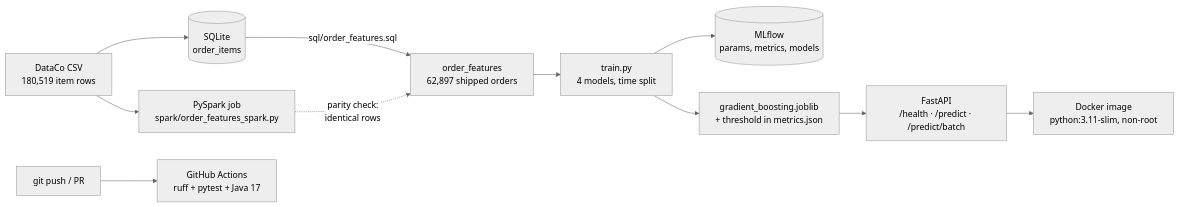
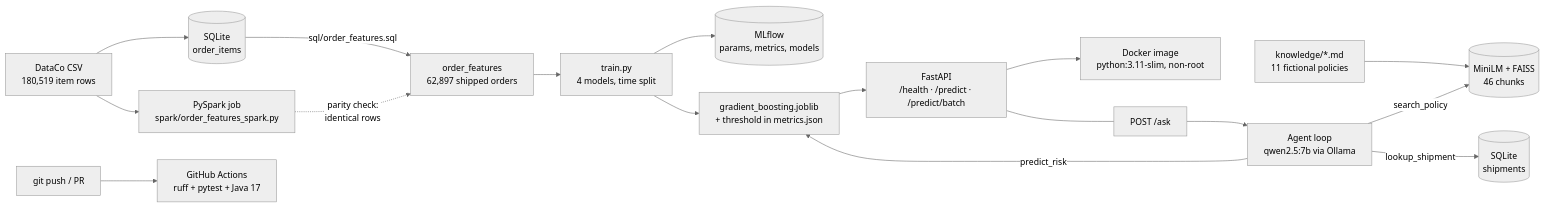
The diagram in README.md (AmeyaAstro/shipsense), drawn with Mermaid (neutral theme) before and after one commit. The commit also changed other lines of this file and 2 other files, not shown here.

````diff
--- a/README.md
+++ b/README.md
@@ -15,13 +16,19 @@
 ```mermaid
 flowchart LR
     CSV["DataCo CSV<br/>180,519 item rows"] --> DB[("SQLite<br/>order_items")]
     DB -- "sql/order_features.sql" --> FEAT["order_features<br/>62,897 shipped orders"]
     CSV --> SPARK["PySpark job<br/>spark/order_features_spark.py"]
     SPARK -. "parity check:<br/>identical rows" .-> FEAT
     FEAT --> TRAIN["train.py<br/>4 models, time split"]
     TRAIN --> MLF[("MLflow<br/>params, metrics, models")]
     TRAIN --> ART["gradient_boosting.joblib<br/>+ threshold in metrics.json"]
     ART --> API["FastAPI<br/>/health · /predict · /predict/batch"]
     API --> IMG["Docker image<br/>python:3.11-slim, non-root"]
     PUSH["git push / PR"] --> CI["GitHub Actions<br/>ruff + pytest + Java 17"]
+    KB["knowledge/*.md<br/>11 fictional policies"] --> IDX[("MiniLM + FAISS<br/>46 chunks")]
+    ASK["POST /ask"] --> AG["Agent loop<br/>qwen2.5:7b via Ollama"]
+    AG -- search_policy --> IDX
+    AG -- lookup_shipment --> SHIP[("SQLite<br/>shipments")]
+    AG -- predict_risk --> ART
+    API --- ASK
 ```
````
